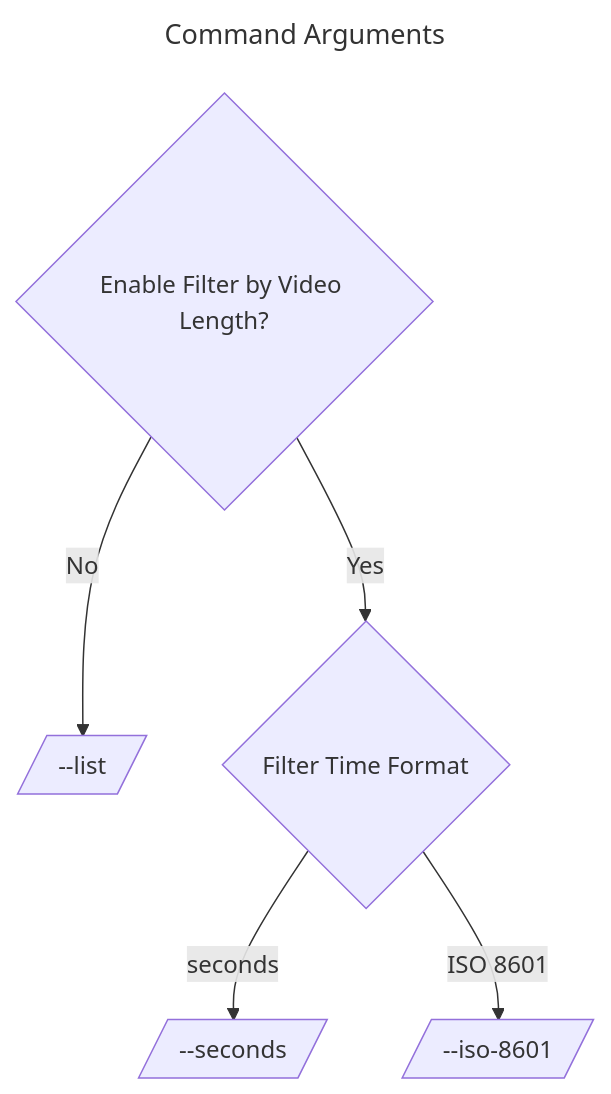
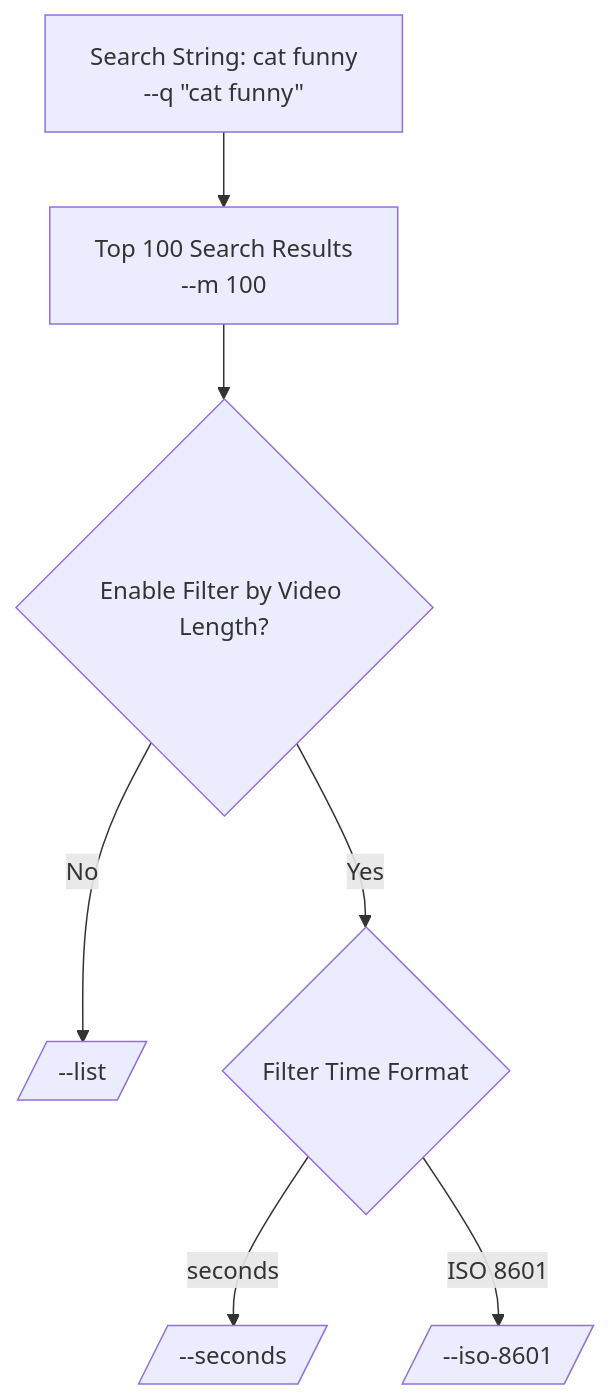
Before and after one commit to WingTillDie/youtube-video-length: the diagram in README.md, drawn with Mermaid.

Commit message:
Add program flowchart

````diff
--- a/README.md
+++ b/README.md
@@ -29,14 +29,15 @@
 ```mermaid
----
-title: Command Arguments
----
 flowchart TD
+    Query[Search String: cat funny<br>--q #34;cat funny#34;]
+    Top[Top 100 Search Results<br>--m 100]
+    Query --> Top
+    Top --> Is_Filter
     Is_Filter{Enable Filter by Video Length?}
     Is_Filter -->|No| list[/--list/]
     Is_Filter -->|Yes| Time_Format
     Time_Format{Filter Time Format}
     Time_Format -->|seconds| Seconds
     Seconds[/--seconds/]
     Time_Format -->|ISO 8601| ISO_8601
     ISO_8601[/--iso-8601/]
 ```
````
